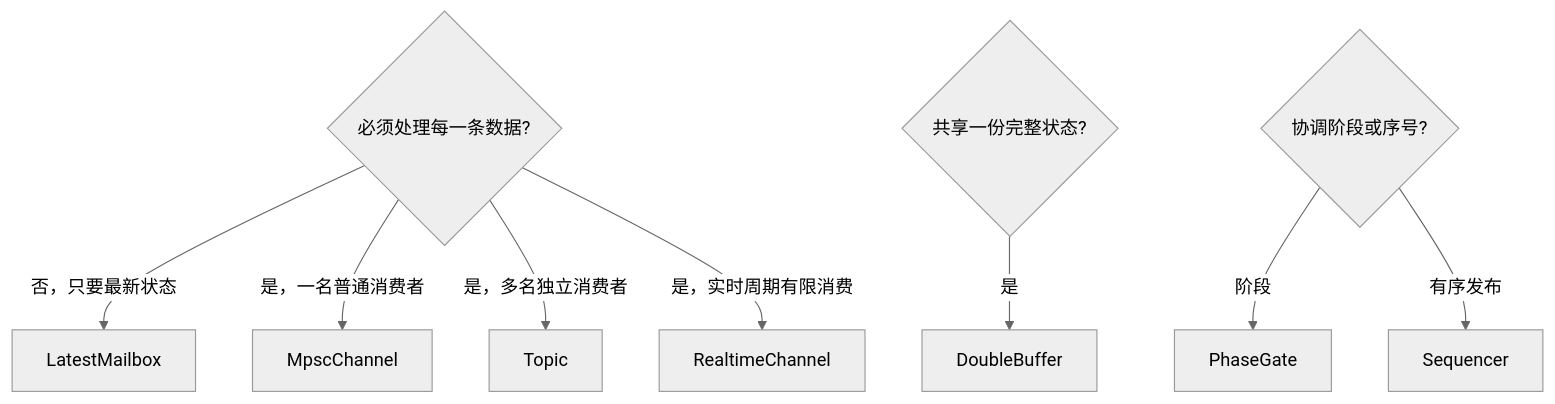
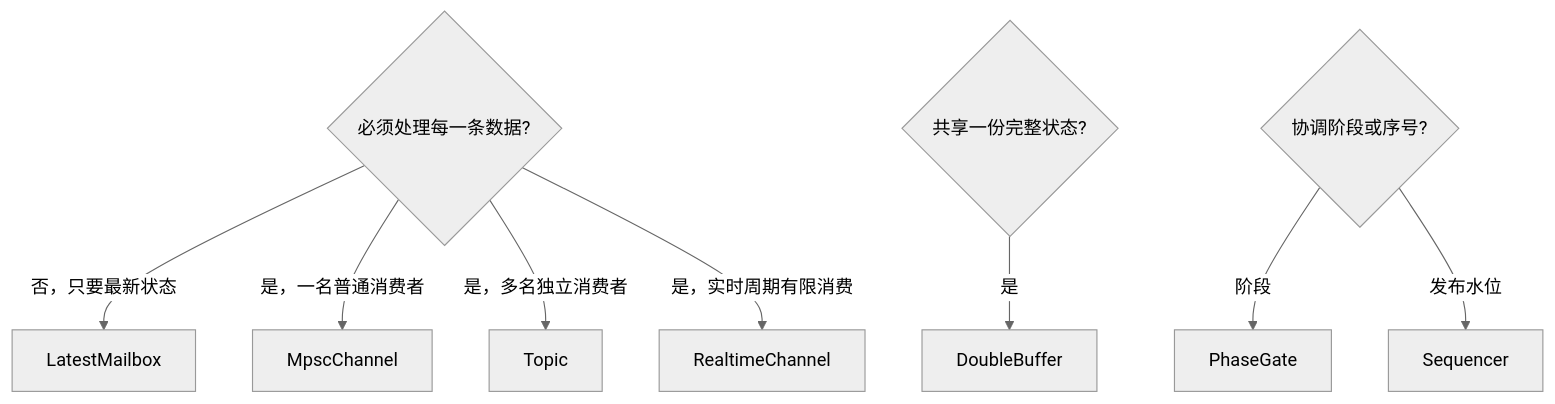
One commit to Linductor-alkaid/executor changed the diagram in website/zh/guides/choosing-communication.md. Above: the diagram before and after it, drawn with Mermaid (neutral theme). The commit also changed other lines of this file and 36 other files, not shown here.

````diff
--- a/website/zh/guides/choosing-communication.md
+++ b/website/zh/guides/choosing-communication.md
@@ -21,13 +21,13 @@
 ```mermaid
 flowchart TD
     A{必须处理每一条数据?}
     A -- 否，只要最新状态 --> B[LatestMailbox]
     A -- 是，一名普通消费者 --> C[MpscChannel]
     A -- 是，多名独立消费者 --> T[Topic]
     A -- 是，实时周期有限消费 --> D[RealtimeChannel]
     E{共享一份完整状态?}
     E -- 是 --> F[DoubleBuffer]
     G{协调阶段或序号?}
     G -- 阶段 --> H[PhaseGate]
-    G -- 有序发布 --> I[Sequencer]
+    G -- 发布水位 --> I[Sequencer]
 ```
````
